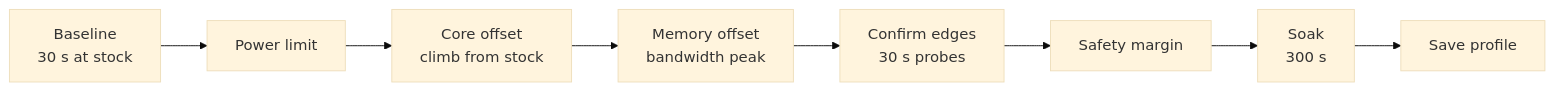
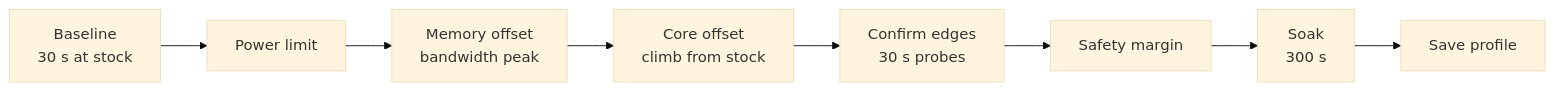
The diagram in README.md (Rovey/gpu-auto-optimizer), drawn with Mermaid (base theme) before and after one commit. The commit also changed other lines of this file and 2 other files, not shown here.

````diff
--- a/README.md
+++ b/README.md
@@ -70,10 +70,10 @@
 ```mermaid
 flowchart LR
     A[Baseline<br/>30 s at stock] --> B[Power limit]
-    B --> C[Core offset<br/>climb from stock]
-    C --> D[Memory offset<br/>bandwidth peak]
+    B --> C[Memory offset<br/>bandwidth peak]
+    C --> D[Core offset<br/>climb from stock]
     D --> E[Confirm edges<br/>30 s probes]
     E --> F[Safety margin]
     F --> G[Soak<br/>300 s]
     G --> H[Save profile]
 ```
````
